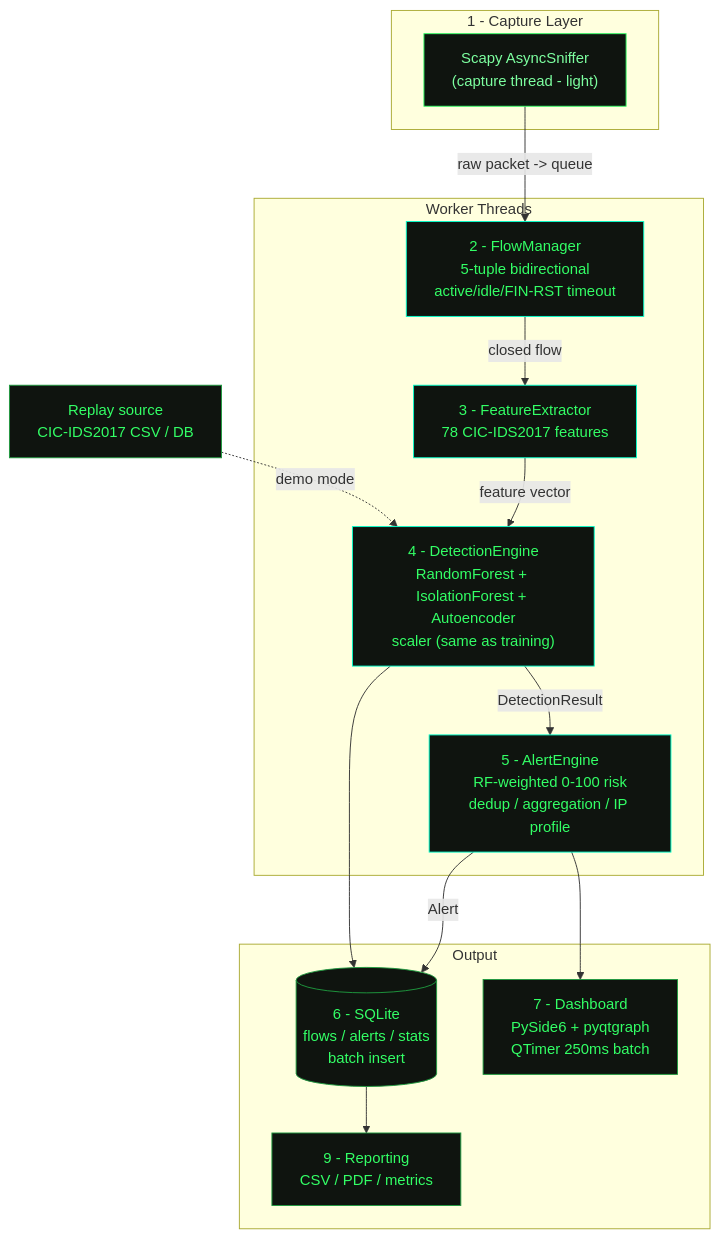
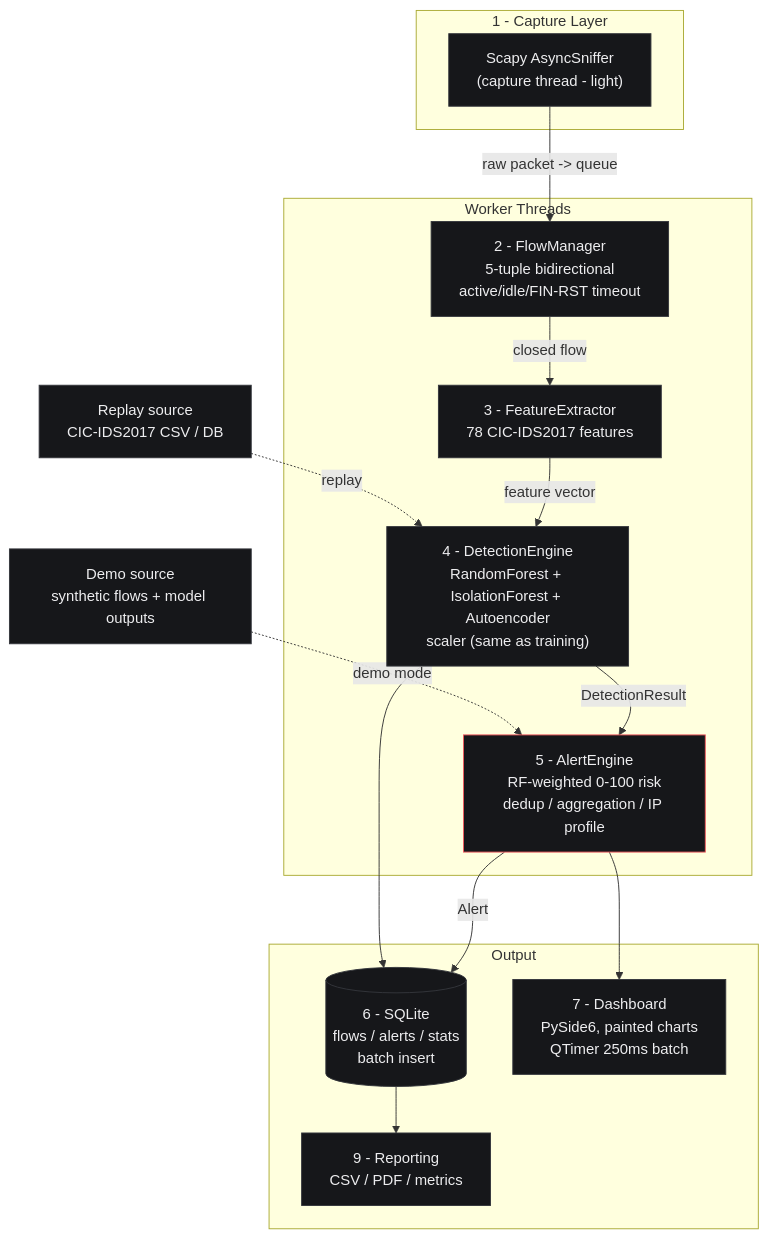
One commit to berkaslan7988/NetSentinel changed the diagram in netsentinel/docs/architecture.mermaid. Above: the diagram before and after it, drawn with Mermaid. The commit also changed 110 other files, not shown here.

```diff
--- a/netsentinel/docs/architecture.mermaid
+++ b/netsentinel/docs/architecture.mermaid
@@ -1,35 +1,34 @@
 flowchart TB
     subgraph CAP["1 - Capture Layer"]
         SNIFF["Scapy AsyncSniffer<br/>(capture thread - light)"]
     end
 
     subgraph PROC["Worker Threads"]
         FLOW["2 - FlowManager<br/>5-tuple bidirectional<br/>active/idle/FIN-RST timeout"]
         FEAT["3 - FeatureExtractor<br/>78 CIC-IDS2017 features"]
         DET["4 - DetectionEngine<br/>RandomForest + IsolationForest + Autoencoder<br/>scaler (same as training)"]
         ALERT["5 - AlertEngine<br/>RF-weighted 0-100 risk<br/>dedup / aggregation / IP profile"]
     end
 
     subgraph OUT["Output"]
         DB[("6 - SQLite<br/>flows / alerts / stats<br/>batch insert")]
-        UI["7 - Dashboard<br/>PySide6 + pyqtgraph<br/>QTimer 250ms batch"]
+        UI["7 - Dashboard<br/>PySide6, painted charts<br/>QTimer 250ms batch"]
         REP["9 - Reporting<br/>CSV / PDF / metrics"]
     end
 
     SNIFF -->|"raw packet -> queue"| FLOW
     FLOW -->|"closed flow"| FEAT
     FEAT -->|"feature vector"| DET
     DET -->|"DetectionResult"| ALERT
     ALERT -->|"Alert"| DB
     ALERT --> UI
     DET --> DB
     DB --> REP
 
-    REPLAY["Replay source<br/>CIC-IDS2017 CSV / DB"] -.->|"demo mode"| DET
+    REPLAY["Replay source<br/>CIC-IDS2017 CSV / DB"] -.->|"replay"| DET
+    DEMO["Demo source<br/>synthetic flows + model outputs"] -.->|"demo mode"| ALERT
 
-    classDef cap fill:#0f140f,stroke:#33ff66,color:#7dffa0
-    classDef proc fill:#0f140f,stroke:#00ffcc,color:#33ff66
-    classDef out fill:#0f140f,stroke:#1f9a3f,color:#33ff66
-    class SNIFF cap
-    class FLOW,FEAT,DET,ALERT proc
-    class DB,UI,REP,REPLAY out
+    classDef base fill:#16171a,stroke:#34363c,color:#ededef
+    classDef risk fill:#16171a,stroke:#f25a5f,color:#ededef
+    class SNIFF,FLOW,FEAT,DET,DB,UI,REP,REPLAY,DEMO base
+    class ALERT risk
```
